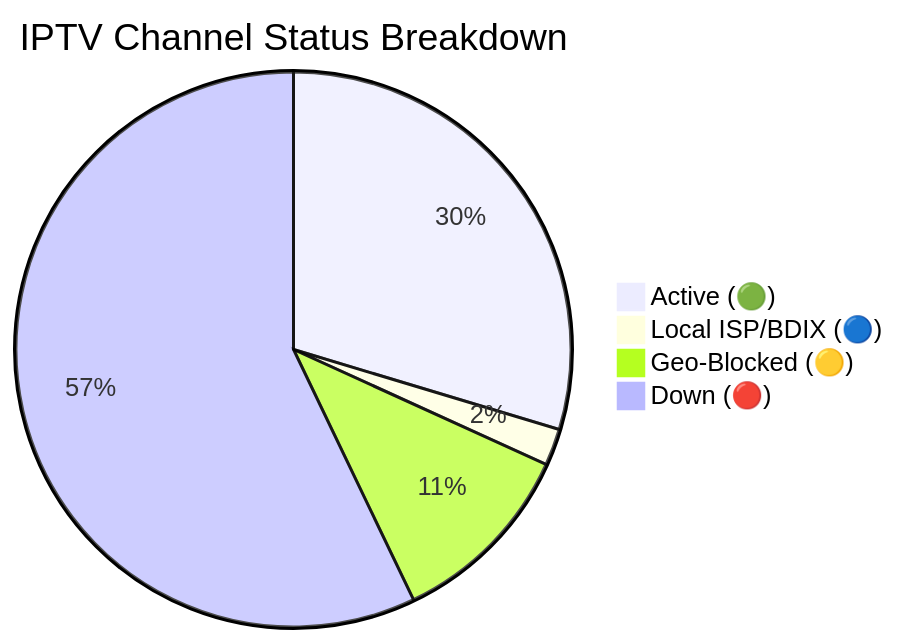
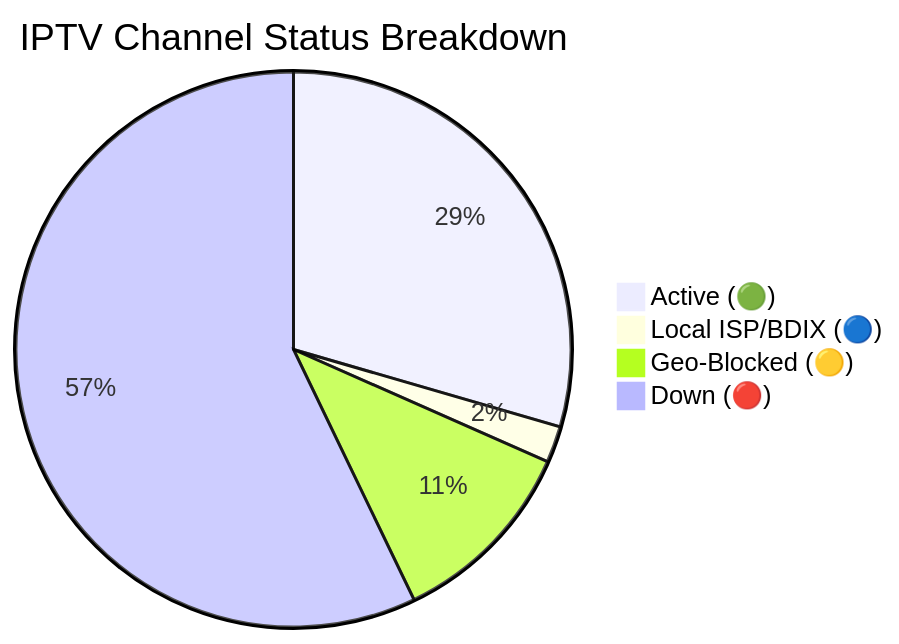
Before and after one commit to andreataylord/Ip-tv-Collection: the diagram in README.md, drawn with Mermaid. The commit also changed other lines of this file and 2 other files, not shown here.

````diff
--- a/README.md
+++ b/README.md
@@ -59,7 +59,7 @@
 ```mermaid
 pie title IPTV Channel Status Breakdown
-    "Active (🟢)" : 1771
+    "Active (🟢)" : 1777
     "Local ISP/BDIX (🔵)" : 128
-    "Geo-Blocked (🟡)" : 662
-    "Down (🔴)" : 3411
+    "Geo-Blocked (🟡)" : 677
+    "Down (🔴)" : 3443
 ```
````
